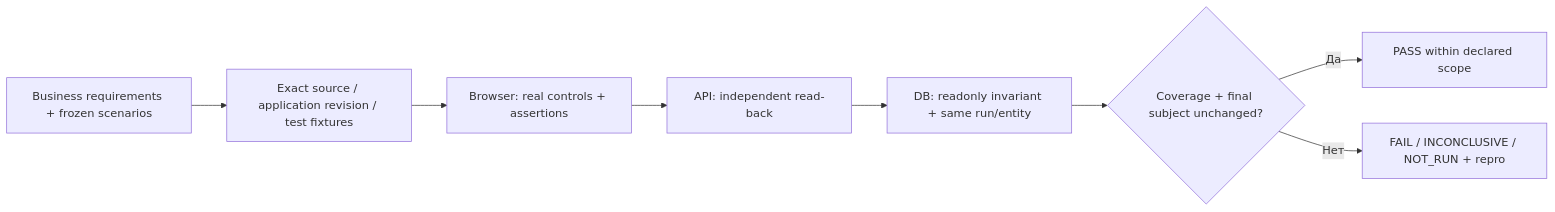
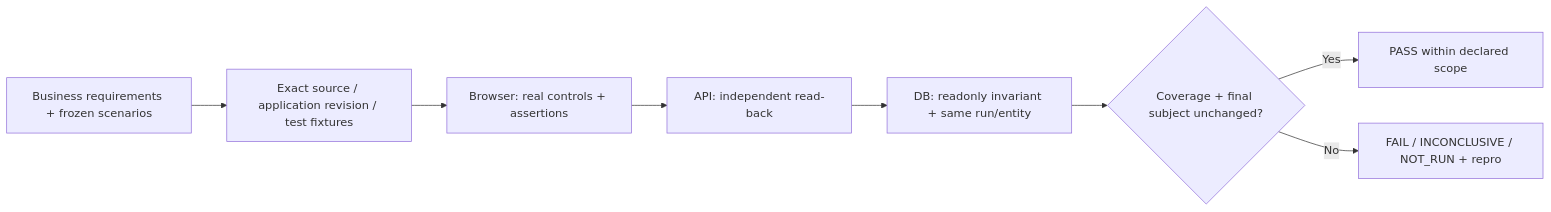
The diagram in docs/app/verify/README.md (zxc0zxc0zxc/palarran-framework), drawn with Mermaid before and after one commit. The commit also changed other lines of this file and 783 other files, not shown here.

````diff
--- a/docs/app/verify/README.md
+++ b/docs/app/verify/README.md
@@ -7,10 +7,10 @@
 ```mermaid
 flowchart LR
   R[Business requirements + frozen scenarios] --> S[Exact source / application revision / test fixtures]
   S --> B[Browser: real controls + assertions]
   B --> A[API: independent read-back]
   A --> D[DB: readonly invariant + same run/entity]
   D --> F{Coverage + final subject unchanged?}
-  F -->|Да| P[PASS within declared scope]
-  F -->|Нет| I[FAIL / INCONCLUSIVE / NOT_RUN + repro]
+  F -->|Yes| P[PASS within declared scope]
+  F -->|No| I[FAIL / INCONCLUSIVE / NOT_RUN + repro]
 ```
````
